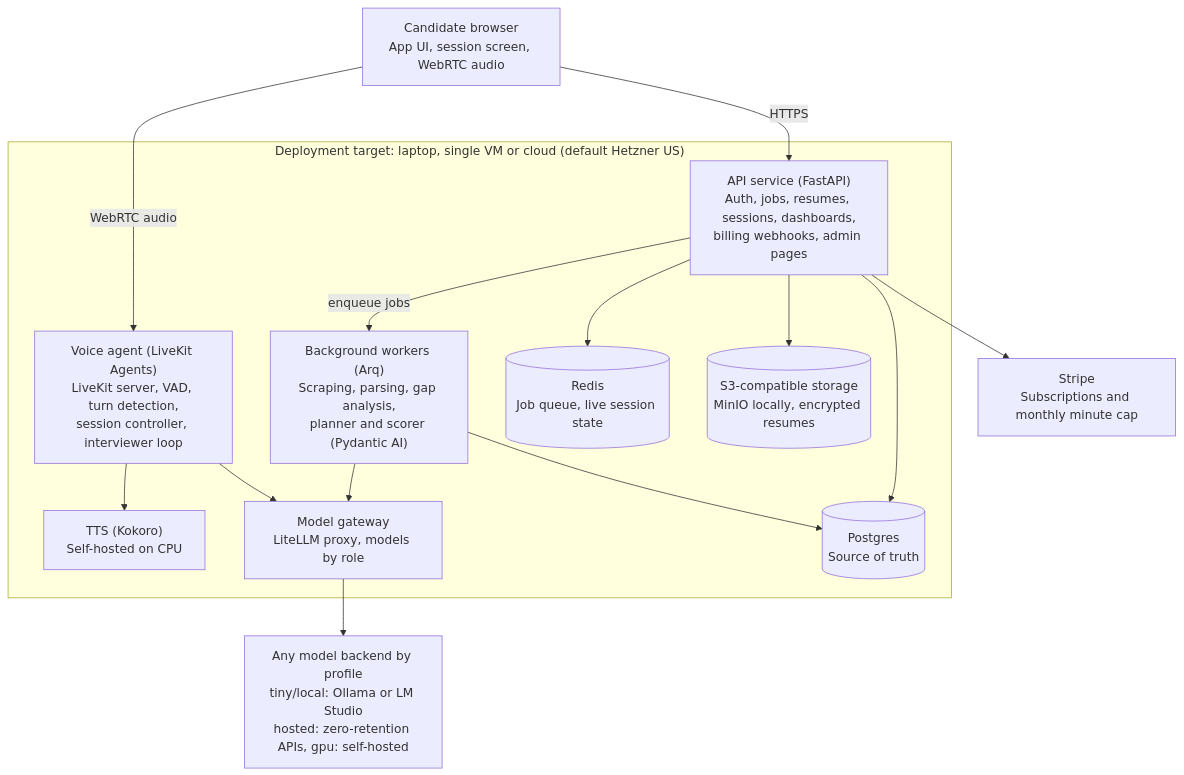
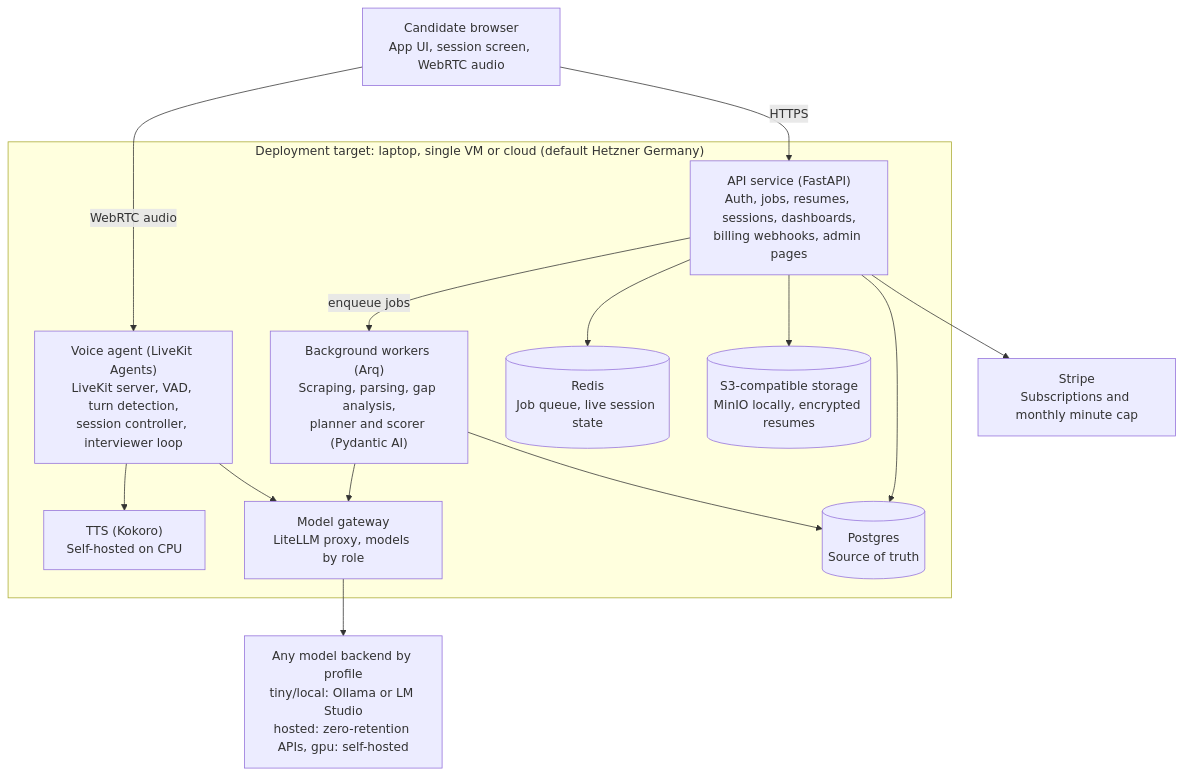
One commit to msoliman1975/strong-hire changed the diagram in docs/spec.md. Above: the diagram before and after it, drawn with Mermaid. The commit also changed other lines of this file and 40 other files, not shown here.

````diff
--- a/docs/spec.md
+++ b/docs/spec.md
@@ -206,29 +206,29 @@
 ```mermaid
 flowchart TB
     browser["Candidate browser<br/>App UI, session screen, WebRTC audio"]
-    subgraph hetzner["Deployment target: laptop, single VM or cloud (default Hetzner US)"]
+    subgraph hetzner["Deployment target: laptop, single VM or cloud (default Hetzner Germany)"]
         api["API service (FastAPI)<br/>Auth, jobs, resumes, sessions, dashboards,<br/>billing webhooks, admin pages"]
         voice["Voice agent (LiveKit Agents)<br/>LiveKit server, VAD, turn detection,<br/>session controller, interviewer loop"]
         workers["Background workers (Arq)<br/>Scraping, parsing, gap analysis,<br/>planner and scorer (Pydantic AI)"]
         tts["TTS (Kokoro)<br/>Self-hosted on CPU"]
         gateway["Model gateway<br/>LiteLLM proxy, models by role"]
         pg[("Postgres<br/>Source of truth")]
         redis[("Redis<br/>Job queue, live session state")]
         storage[("S3-compatible storage<br/>MinIO locally, encrypted resumes")]
     end
     stripe["Stripe<br/>Subscriptions and monthly minute cap"]
     models["Any model backend by profile<br/>tiny/local: Ollama or LM Studio<br/>hosted: zero-retention APIs, gpu: self-hosted"]
 
     browser -- HTTPS --> api
     browser -- WebRTC audio --> voice
     api -- enqueue jobs --> workers
     voice --> tts
     voice --> gateway
     workers --> gateway
     workers --> pg
     api --> pg
     api --> redis
     api --> storage
     gateway --> models
     api --> stripe
 ```
````
